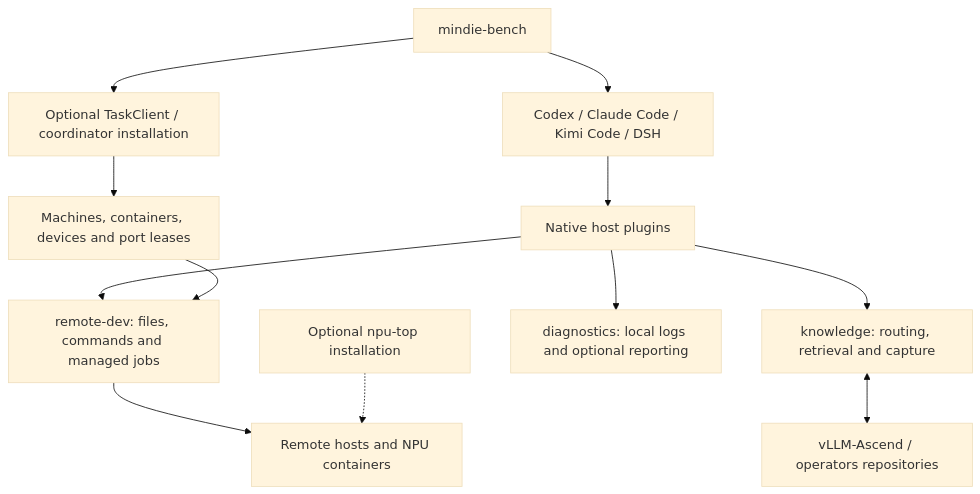
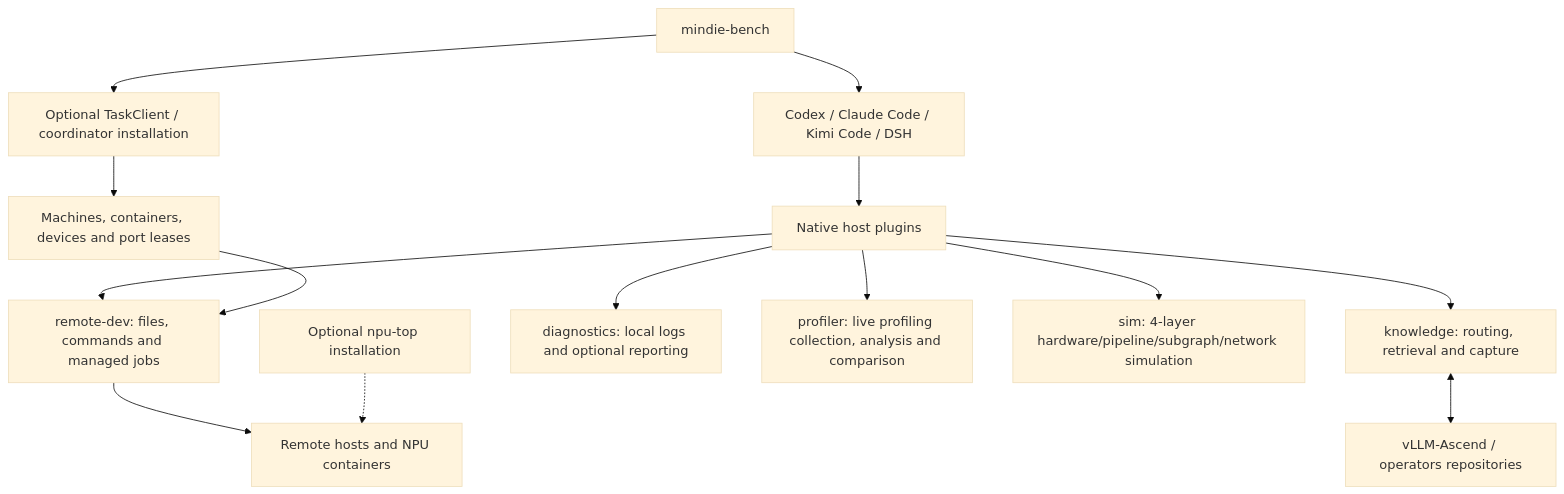
The diagram in docs/architecture.en.md (mindie-agent/mindie-agent), drawn with Mermaid (base theme) before and after one commit. The commit also changed other lines of this file and 10 other files, not shown here.

Commit message:
docs: sync repository ecosystem list, architecture diagrams, and docs index

````diff
--- a/docs/architecture.en.md
+++ b/docs/architecture.en.md
@@ -11,14 +11,16 @@
 ```mermaid
 flowchart TB
     H["Codex / Claude Code / Kimi Code / DSH"] --> P["Native host plugins"]
     P --> K["knowledge: routing, retrieval and capture"]
     P --> R["remote-dev: files, commands and managed jobs"]
     P --> D["diagnostics: local logs and optional reporting"]
+    P --> PR["profiler: live profiling collection, analysis and comparison"]
+    P --> S["sim: 4-layer hardware/pipeline/subgraph/network simulation"]
     K <--> F["vLLM-Ascend / operators repositories"]
     T["Optional TaskClient / coordinator installation"] --> Q["Machines, containers, devices and port leases"]
     Q --> R
     R --> N["Remote hosts and NPU containers"]
     M["Optional npu-top installation"] -.-> N
     B["mindie-bench"] --> T
     B --> H
 ```
````
